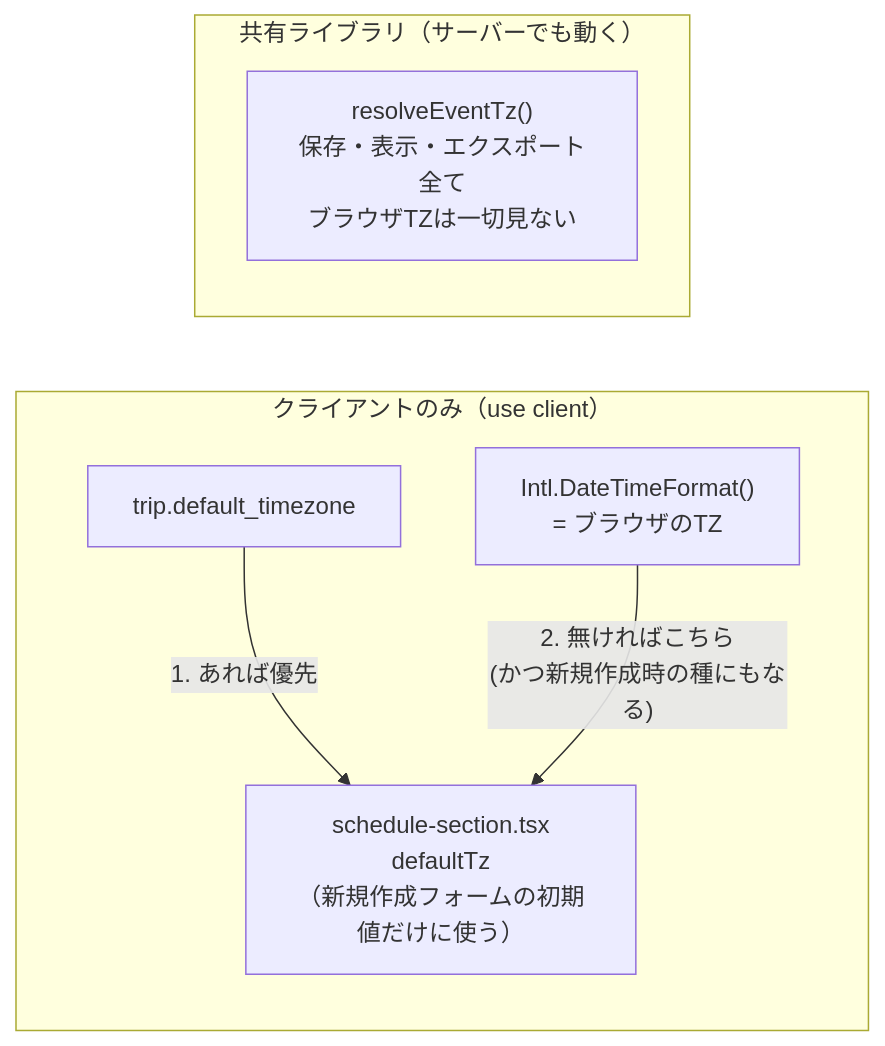
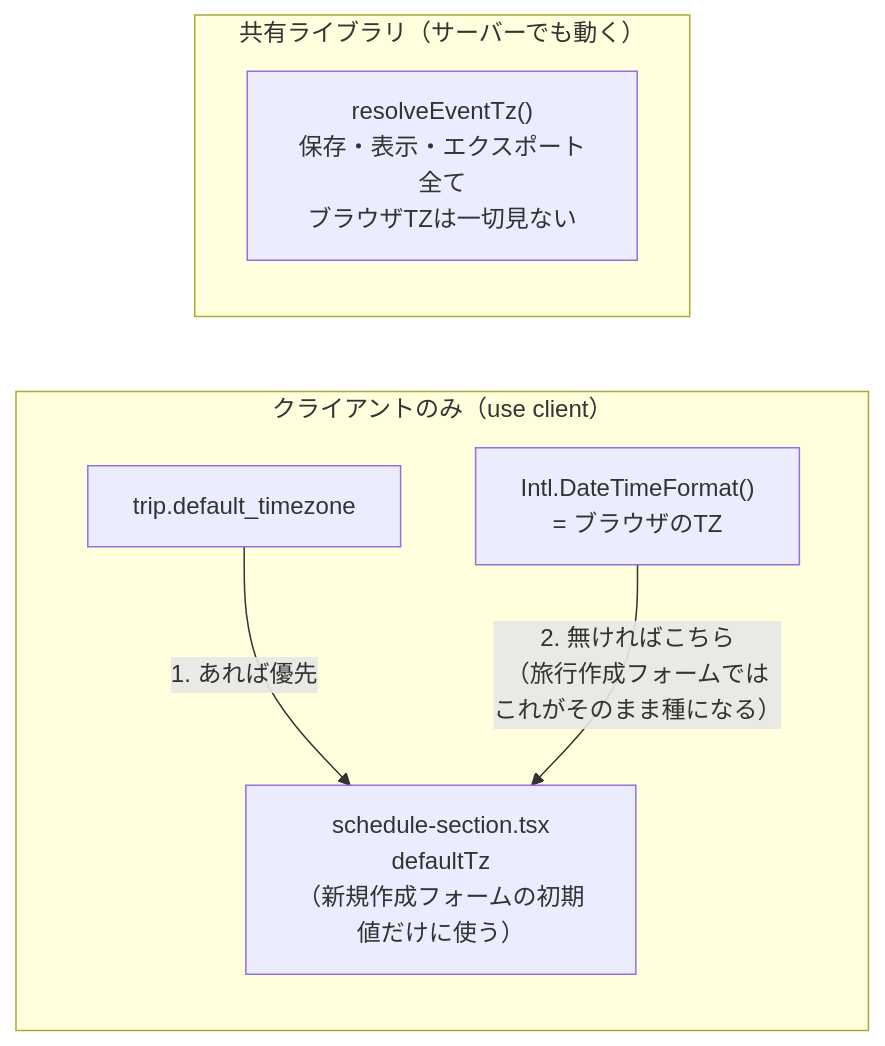
Before and after one commit to shidetake/triplot: the fifth of 5 diagrams in docs/design/timezone.md, drawn with Mermaid. The commit also changed other lines of this file and 9 other files, not shown here.

````diff
--- a/docs/design/timezone.md
+++ b/docs/design/timezone.md
@@ -101,14 +104,14 @@
 ```mermaid
 flowchart LR
     subgraph G3["クライアントのみ（use client）"]
         DTZ["trip.default_timezone"]
         BR["Intl.DateTimeFormat()<br/>= ブラウザのTZ"]
         SS["schedule-section.tsx<br/>defaultTz<br/>（新規作成フォームの初期値だけに使う）"]
     end
     subgraph G4["共有ライブラリ（サーバーでも動く）"]
         RE["resolveEventTz()<br/>保存・表示・エクスポート全て<br/>ブラウザTZは一切見ない"]
     end
 
     DTZ -->|"1. あれば優先"| SS
-    BR -->|"2. 無ければこちら<br/>(かつ新規作成時の種にもなる)"| SS
+    BR -->|"2. 無ければこちら<br/>（旅行作成フォームでは<br/>これがそのまま種になる）"| SS
 ```
````
